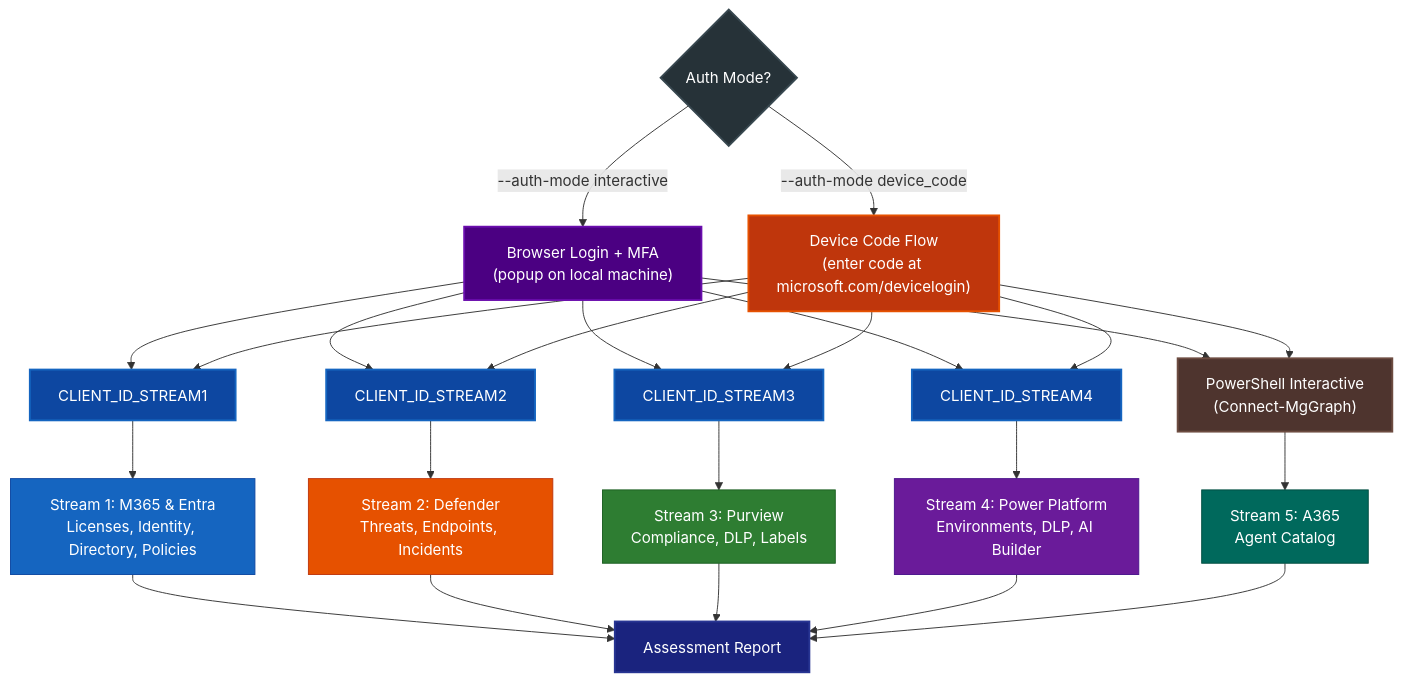
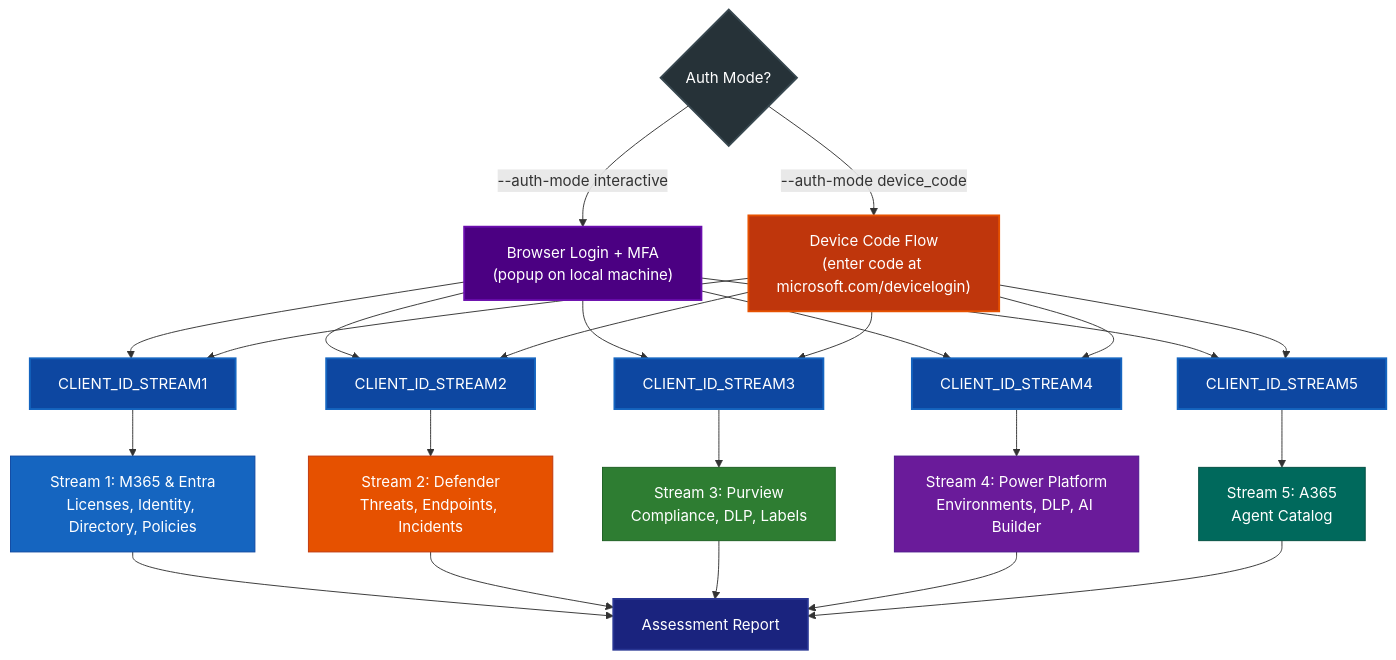
The second of 2 diagrams in INTERACTIVE-AUTH-GUIDELINES.md (mironi-org/m365-copilot-automated-readiness-assessment), drawn with Mermaid before and after one commit. The commit also changed other lines of this file and 15 other files, not shown here.

Commit message:
Update auth flows, Entra checks, A365 client, orchestrator improvements

````diff
--- a/INTERACTIVE-AUTH-GUIDELINES.md
+++ b/INTERACTIVE-AUTH-GUIDELINES.md
@@ -65,55 +64,53 @@
 ```mermaid
 flowchart TD
     AUTH{"Auth Mode?"}
 
     AUTH -->|"--auth-mode interactive"| BROWSER["Browser Login + MFA\n(popup on local machine)"]
     AUTH -->|"--auth-mode device_code"| DEVICE["Device Code Flow\n(enter code at microsoft.com/devicelogin)"]
 
     BROWSER --> CRED1["CLIENT_ID_STREAM1"]
     BROWSER --> CRED2["CLIENT_ID_STREAM2"]
     BROWSER --> CRED3["CLIENT_ID_STREAM3"]
     BROWSER --> CRED4["CLIENT_ID_STREAM4"]
-    BROWSER --> PS["PowerShell Interactive\n(Connect-MgGraph)"]
+    BROWSER --> CRED5["CLIENT_ID_STREAM5"]
 
     DEVICE --> CRED1
     DEVICE --> CRED2
     DEVICE --> CRED3
     DEVICE --> CRED4
-    DEVICE --> PS
+    DEVICE --> CRED5
 
     CRED1 --> S1["Stream 1: M365 & Entra\nLicenses, Identity, Directory, Policies"]
     CRED2 --> S2["Stream 2: Defender\nThreats, Endpoints, Incidents"]
     CRED3 --> S3["Stream 3: Purview\nCompliance, DLP, Labels"]
     CRED4 --> S4["Stream 4: Power Platform\nEnvironments, DLP, AI Builder"]
-    PS --> S5["Stream 5: A365\nAgent Catalog"]
+    CRED5 --> S5["Stream 5: A365\nAgent Catalog"]
 
     S1 --> OUT["Assessment Report"]
     S2 --> OUT
     S3 --> OUT
     S4 --> OUT
     S5 --> OUT
 
     classDef authNode fill:#263238,stroke:#37474F,color:#FFF,stroke-width:2px
     classDef login fill:#4B0082,stroke:#6A0DAD,color:#FFF,stroke-width:2px
     classDef device fill:#BF360C,stroke:#E65100,color:#FFF,stroke-width:2px
     classDef cred fill:#0D47A1,stroke:#1565C0,color:#FFF,stroke-width:2px
-    classDef ps fill:#4E342E,stroke:#6D4C41,color:#FFF,stroke-width:2px
     classDef s1 fill:#1565C0,stroke:#0D47A1,color:#FFF
     classDef s2 fill:#E65100,stroke:#BF360C,color:#FFF
     classDef s3 fill:#2E7D32,stroke:#1B5E20,color:#FFF
     classDef s4 fill:#6A1B9A,stroke:#4A148C,color:#FFF
     classDef s5 fill:#00695C,stroke:#004D40,color:#FFF
     classDef out fill:#1A237E,stroke:#283593,color:#FFF,stroke-width:2px
 
     class AUTH authNode
     class BROWSER login
     class DEVICE device
-    class CRED1,CRED2,CRED3,CRED4 cred
-    class PS ps
+    class CRED1,CRED2,CRED3,CRED4,CRED5 cred
     class S1 s1
     class S2 s2
     class S3 s3
     class S4 s4
     class S5 s5
     class OUT out
 ```
````
